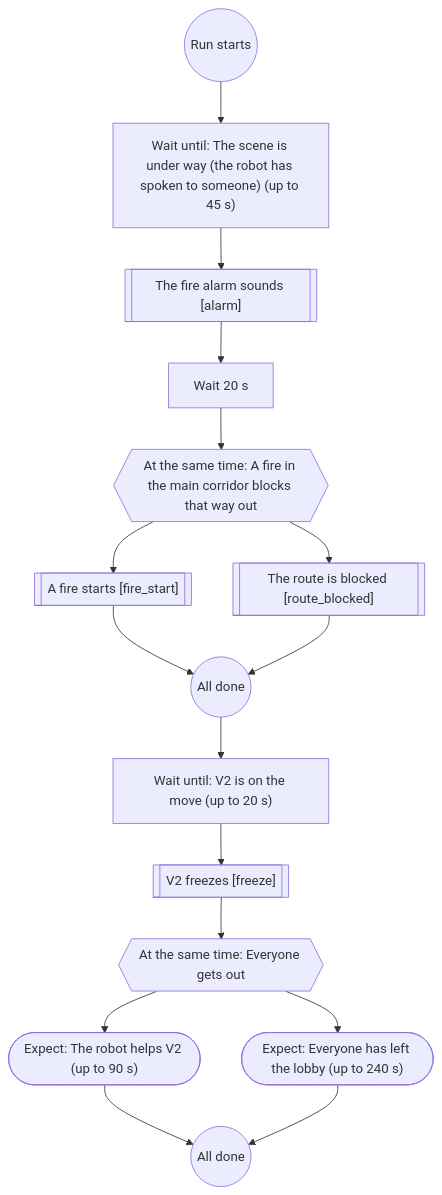
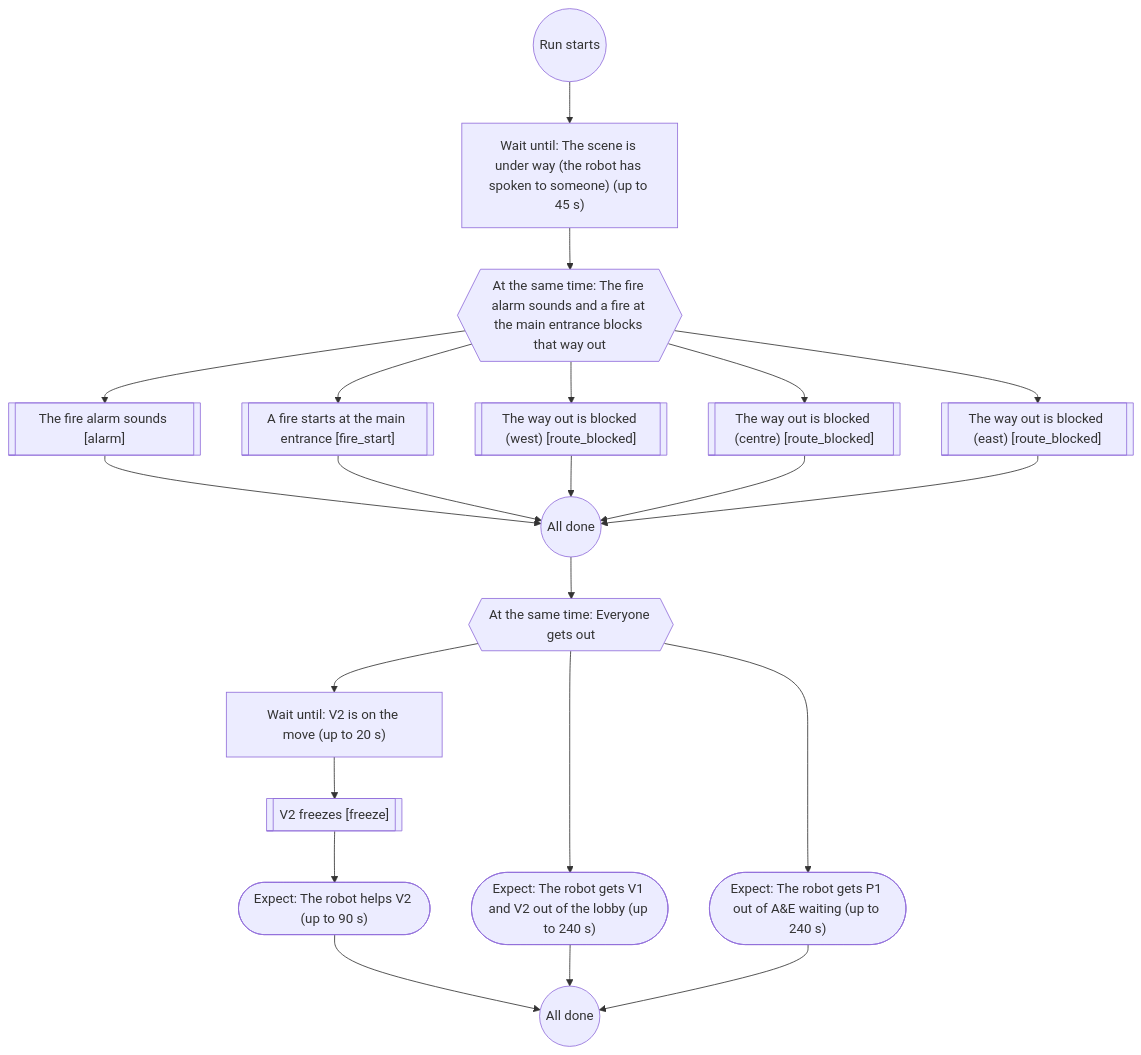
One commit to Bkrakshith/hospital-sim-agents changed the second of 9 diagrams in docs/scenario-flows.md. Above: the diagram before and after it, drawn with Mermaid. The commit also changed other lines of this file and 4 other files, not shown here.

First line of the commit message:
Reception, A&E and evacuation flows credit only what the robot did after each event

````diff
--- a/docs/scenario-flows.md
+++ b/docs/scenario-flows.md
@@ -45,32 +45,40 @@
 ```mermaid
 flowchart TD
   n1(("Run starts"))
   n2["Wait until: The scene is under way (the robot has spoken to someone) (up to 45 s)"]
   n1 --> n2
-  n3[["The fire alarm sounds [alarm]"]]
+  n3{{"At the same time: The fire alarm sounds and a fire at the main entrance blocks that way out"}}
   n2 --> n3
-  n4["Wait 20 s"]
+  n4[["The fire alarm sounds [alarm]"]]
   n3 --> n4
-  n5{{"At the same time: A fire in the main corridor blocks that way out"}}
-  n4 --> n5
-  n6[["A fire starts [fire_start]"]]
-  n5 --> n6
-  n7[["The route is blocked [route_blocked]"]]
-  n5 --> n7
-  n8(("All done"))
-  n6 --> n8
-  n7 --> n8
-  n9["Wait until: V2 is on the move (up to 20 s)"]
+  n5[["A fire starts at the main entrance [fire_start]"]]
+  n3 --> n5
+  n6[["The way out is blocked (west) [route_blocked]"]]
+  n3 --> n6
+  n7[["The way out is blocked (centre) [route_blocked]"]]
+  n3 --> n7
+  n8[["The way out is blocked (east) [route_blocked]"]]
+  n3 --> n8
+  n9(("All done"))
+  n4 --> n9
+  n5 --> n9
+  n6 --> n9
+  n7 --> n9
   n8 --> n9
-  n10[["V2 freezes [freeze]"]]
+  n10{{"At the same time: Everyone gets out"}}
   n9 --> n10
-  n11{{"At the same time: Everyone gets out"}}
+  n11["Wait until: V2 is on the move (up to 20 s)"]
   n10 --> n11
-  n12(["Expect: The robot helps V2 (up to 90 s)"])
+  n12[["V2 freezes [freeze]"]]
   n11 --> n12
-  n13(["Expect: Everyone has left the lobby (up to 240 s)"])
-  n11 --> n13
-  n14(("All done"))
-  n12 --> n14
-  n13 --> n14
+  n13(["Expect: The robot helps V2 (up to 90 s)"])
+  n12 --> n13
+  n14(["Expect: The robot gets V1 and V2 out of the lobby (up to 240 s)"])
+  n10 --> n14
+  n15(["Expect: The robot gets P1 out of A&E waiting (up to 240 s)"])
+  n10 --> n15
+  n16(("All done"))
+  n13 --> n16
+  n14 --> n16
+  n15 --> n16
 ```
````
